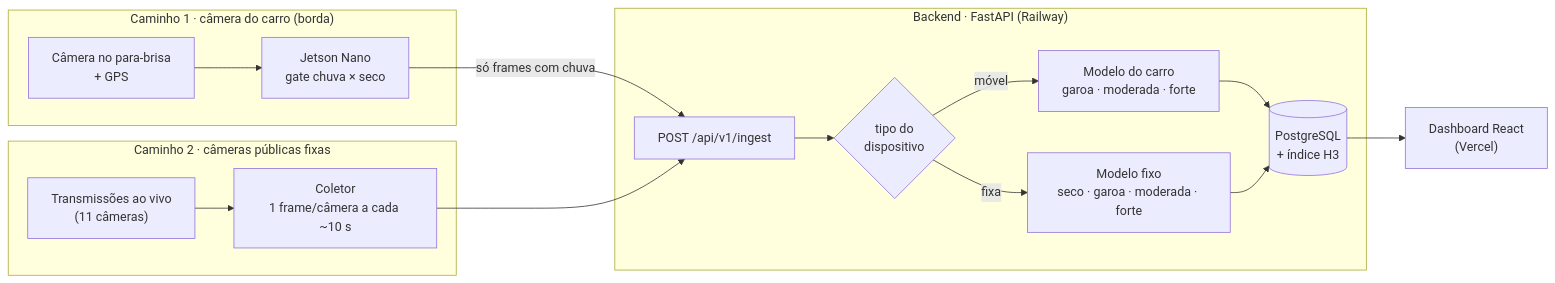
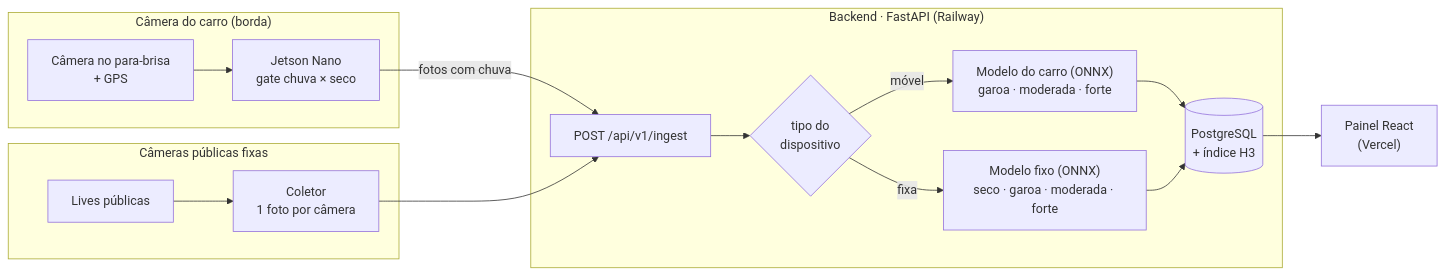
Before and after one commit to Rodrigomt21/CityRain: the diagram in README.md, drawn with Mermaid. The commit also changed other lines of this file and 44 other files, not shown here.

````diff
--- a/README.md
+++ b/README.md
@@ -41,19 +40,19 @@
 ```mermaid
 flowchart LR
-    subgraph Carro["Caminho 1 · câmera do carro (borda)"]
+    subgraph Carro["Câmera do carro (borda)"]
         CAM["Câmera no para-brisa<br/>+ GPS"] --> GATE["Jetson Nano<br/>gate chuva × seco"]
     end
-    subgraph Publicas["Caminho 2 · câmeras públicas fixas"]
-        LIVE["Transmissões ao vivo<br/>(11 câmeras)"] --> COL["Coletor<br/>1 frame/câmera a cada ~10 s"]
+    subgraph Publicas["Câmeras públicas fixas"]
+        LIVE["Lives públicas"] --> COL["Coletor<br/>1 foto por câmera"]
     end
     subgraph Backend["Backend · FastAPI (Railway)"]
         ING["POST /api/v1/ingest"] --> R{"tipo do<br/>dispositivo"}
-        R -- móvel --> MM["Modelo do carro<br/>garoa · moderada · forte"]
-        R -- fixa --> MF["Modelo fixo<br/>seco · garoa · moderada · forte"]
+        R -- móvel --> MM["Modelo do carro (ONNX)<br/>garoa · moderada · forte"]
+        R -- fixa --> MF["Modelo fixo (ONNX)<br/>seco · garoa · moderada · forte"]
         MM --> DB[("PostgreSQL<br/>+ índice H3")]
         MF --> DB
     end
-    GATE -- "só frames com chuva" --> ING
+    GATE -- "fotos com chuva" --> ING
     COL --> ING
-    DB --> UI["Dashboard React<br/>(Vercel)"]
+    DB --> UI["Painel React<br/>(Vercel)"]
 ```
````
